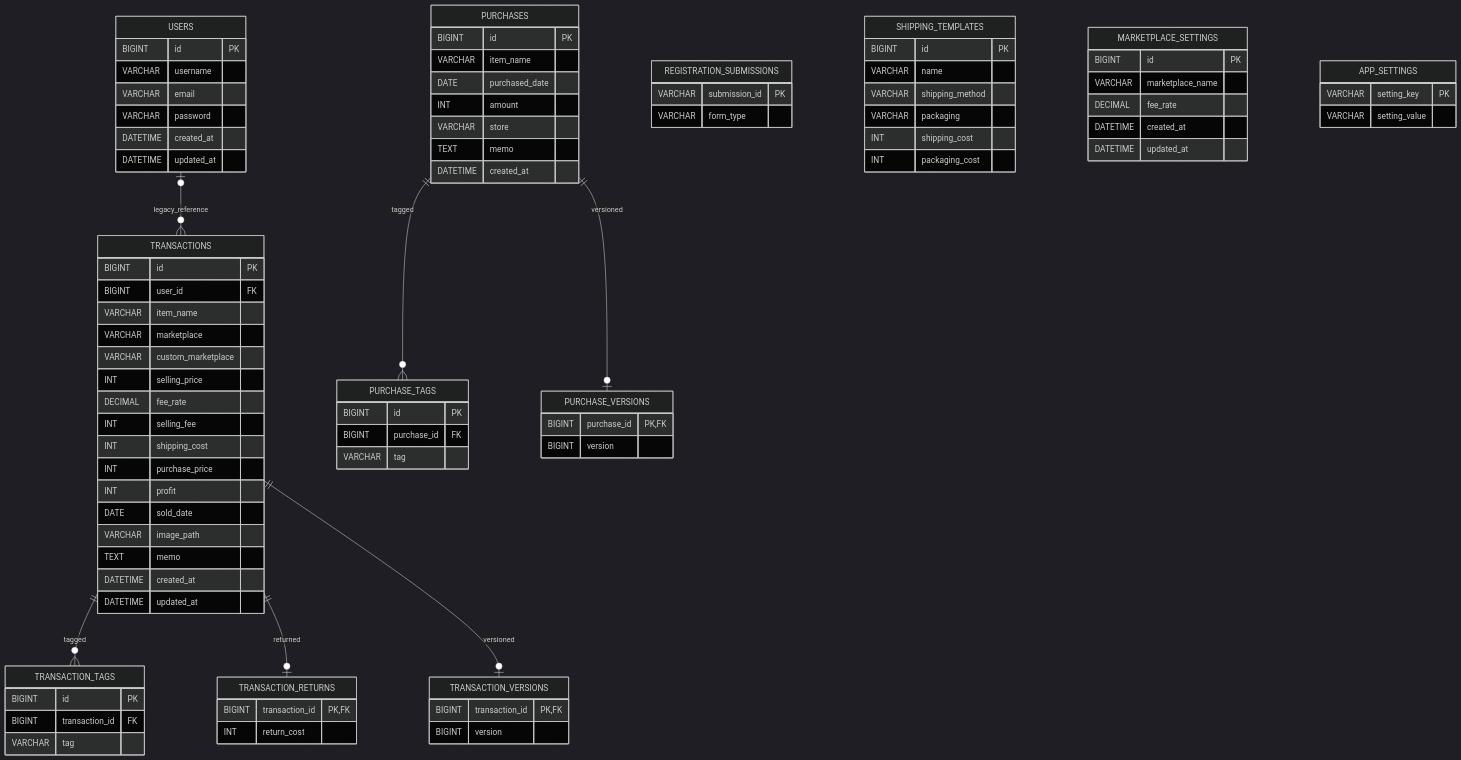
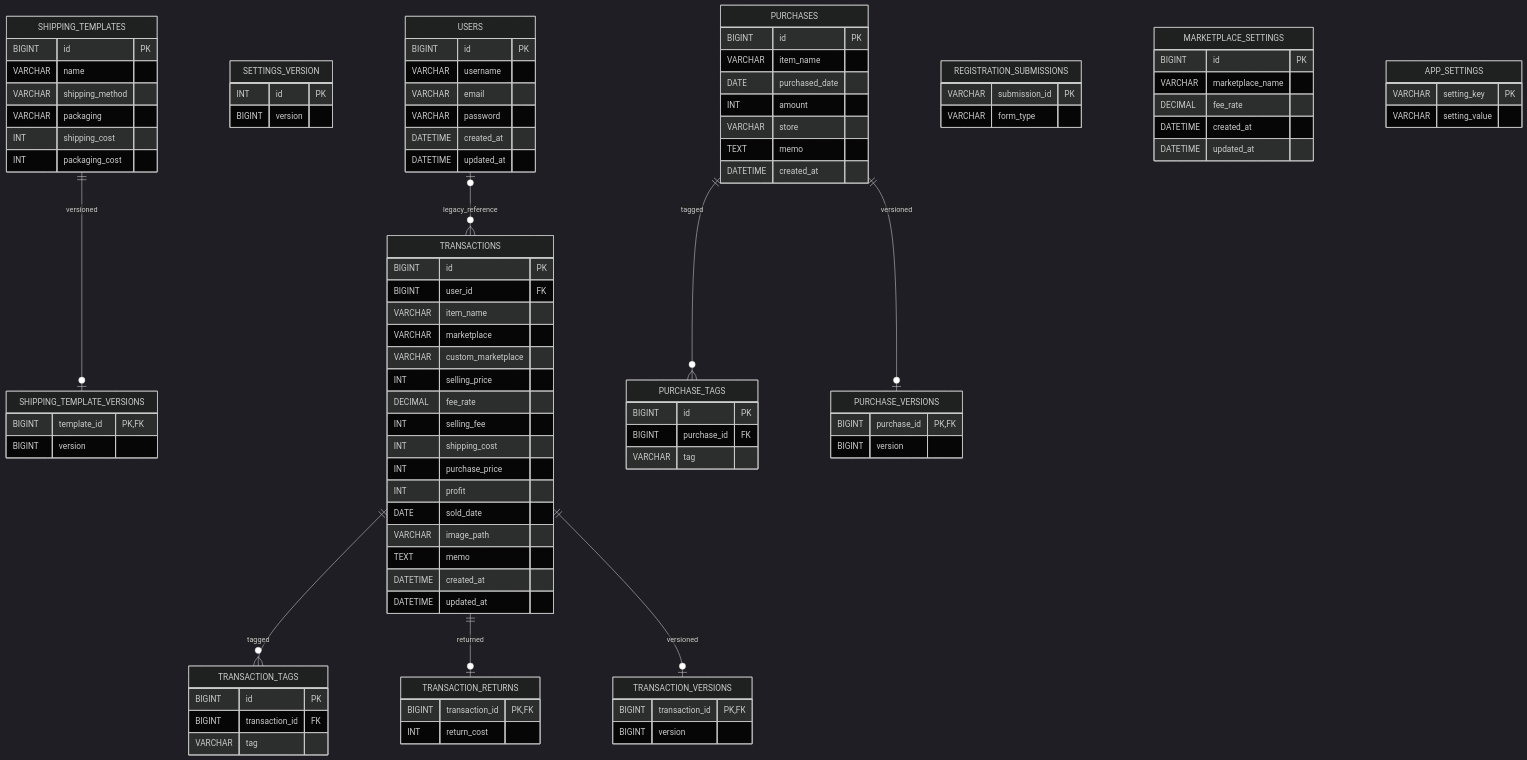
The diagram in 03_er_design.md (YutaK1014/Web), drawn with Mermaid (dark theme) before and after one commit. The commit also changed 38 other files, not shown here.

````diff
--- a/03_er_design.md
+++ b/03_er_design.md
@@ -9,5 +9,14 @@
 ```mermaid
 erDiagram
+    SHIPPING_TEMPLATES ||--o| SHIPPING_TEMPLATE_VERSIONS : versioned
+    SHIPPING_TEMPLATE_VERSIONS {
+        BIGINT template_id PK,FK
+        BIGINT version
+    }
+    SETTINGS_VERSION {
+        INT id PK
+        BIGINT version
+    }
     USERS |o--o{ TRANSACTIONS : legacy_reference
     TRANSACTIONS ||--o{ TRANSACTION_TAGS : tagged
     TRANSACTIONS ||--o| TRANSACTION_RETURNS : returned
````
